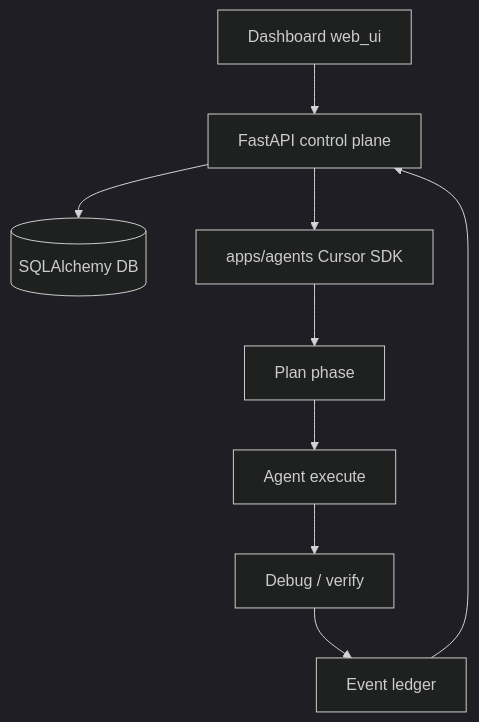
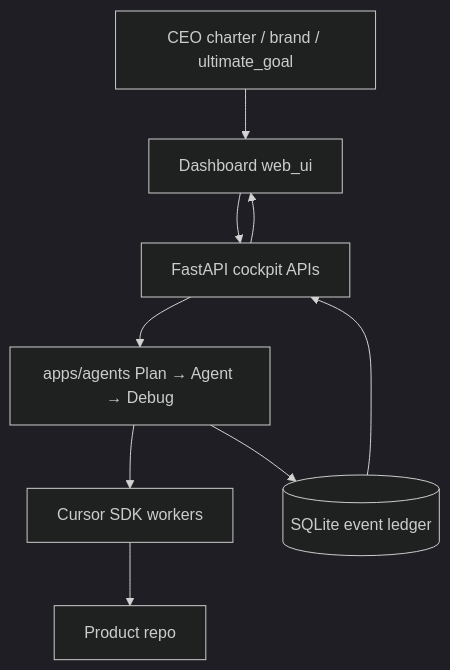
The diagram in src/content/writes/projecthelm-local-agent-control-plane.mdx (AlexTouvras/Orbit), drawn with Mermaid (dark theme) before and after one commit. The commit also changed other lines of this file and 8 other files, not shown here.

````diff
--- a/src/content/writes/projecthelm-local-agent-control-plane.mdx
+++ b/src/content/writes/projecthelm-local-agent-control-plane.mdx
@@ -21,11 +24,11 @@
 ```mermaid
 flowchart TB
-  UI[Dashboard web_ui] --> API[FastAPI control plane]
-  API --> DB[(SQLAlchemy DB)]
-  API --> Agents[apps/agents Cursor SDK]
-  Agents --> Plan[Plan phase]
-  Plan --> Run[Agent execute]
-  Run --> Debug[Debug / verify]
-  Debug --> Ledger[Event ledger]
+  CEO[CEO charter / brand / ultimate_goal] --> Cockpit[Dashboard web_ui]
+  Cockpit --> API[FastAPI cockpit APIs]
+  API --> Loop[apps/agents Plan → Agent → Debug]
+  Loop --> SDK[Cursor SDK workers]
+  SDK --> Product[Product repo]
+  Loop --> Ledger[(SQLite event ledger)]
   Ledger --> API
+  API --> Cockpit
 ```
````
